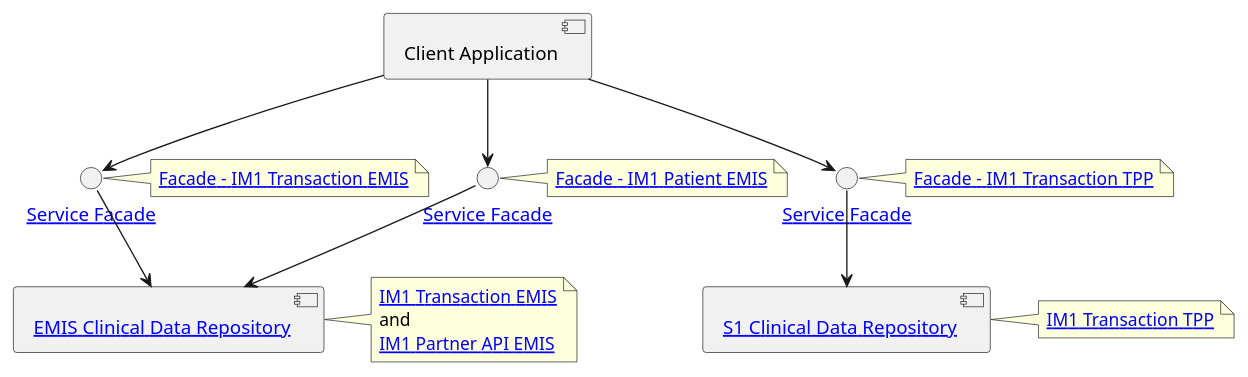
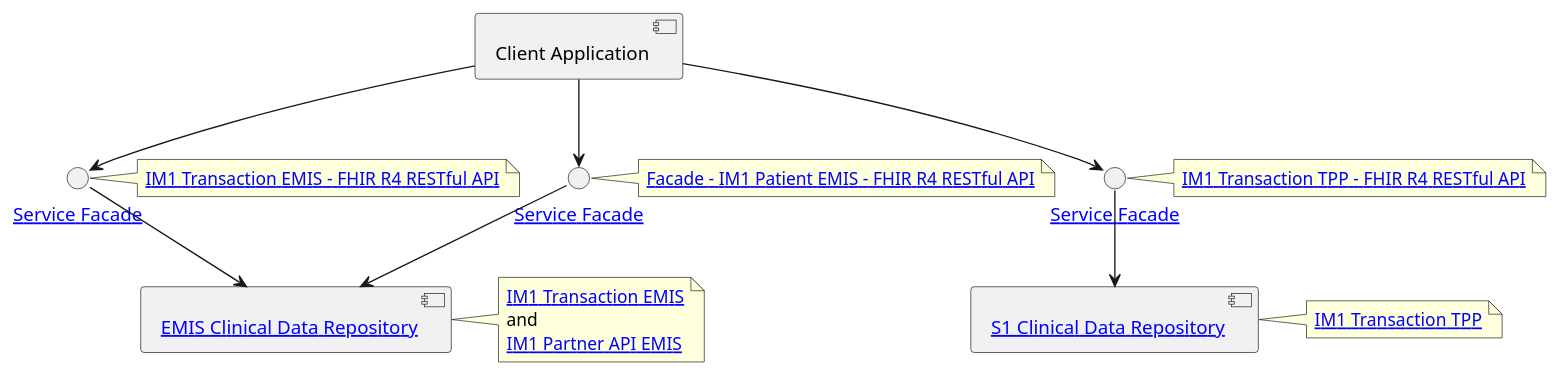
The diagram in input/images-source/component-im1.plantuml (KevinMayfield/VirtuallyHealthcare), drawn with PlantUML before and after one commit. The commit also changed 1 other file, not shown here.

```diff
--- a/input/images-source/component-im1.plantuml
+++ b/input/images-source/component-im1.plantuml
@@ -1,42 +1,42 @@
 @startuml
 
 component ClientApplication as "Client Application"
 
 interface facade as "[[ActorDefinition-ServiceFacade.html Service Facade]]"
 note right
-[[CapabilityStatement-IM1TransactionEMISFacade.html Facade - IM1 Transaction EMIS]]
+[[CapabilityStatement-IM1TransactionEMISFacade.html IM1 Transaction EMIS - FHIR R4 RESTful API]]
 end note
 
 component "[[ActorDefinition-ClinicalDataRepository.html EMIS Clinical Data Repository]]" as CDR
 note right
 [[https://digital.nhs.uk/services/gp-it-futures-systems/im1-pairing-integration/interface-mechanisms-guidance#transaction IM1 Transaction EMIS]]
 and
 [[https://digital.nhs.uk/services/gp-it-futures-systems/im1-pairing-integration/interface-mechanisms-guidance#partner-api IM1 Partner API EMIS]]
 end note
 
 component "[[ActorDefinition-ClinicalDataRepository.html S1 Clinical Data Repository]]" as CDRS1
 note right
 [[https://digital.nhs.uk/services/gp-it-futures-systems/im1-pairing-integration/interface-mechanisms-guidance#transaction IM1 Transaction TPP]]
 end note
 
 
 
 interface facadePFS as "[[ActorDefinition-ServiceFacade.html Service Facade]]"
 note right
-[[CapabilityStatement-IM1PatientEMISFacade.html Facade - IM1 Patient EMIS]]
+[[CapabilityStatement-IM1PatientEMISFacade.html Facade - IM1 Patient EMIS - FHIR R4 RESTful API]]
 end note
 
 interface facadeTPP as "[[ActorDefinition-ServiceFacade.html Service Facade]]"
 note right
-[[CapabilityStatement-IM1TransactionTPPFacade.html Facade - IM1 Transaction TPP]]
+[[CapabilityStatement-IM1TransactionTPPFacade.html IM1 Transaction TPP - FHIR R4 RESTful API]]
 end note
 
 ClientApplication -d-> facade
 ClientApplication -d-> facadePFS
 ClientApplication -d-> facadeTPP
 
 facadePFS -d-> CDR
 facade -d-> CDR
 facadeTPP -d-> CDRS1
 
 @enduml
```
